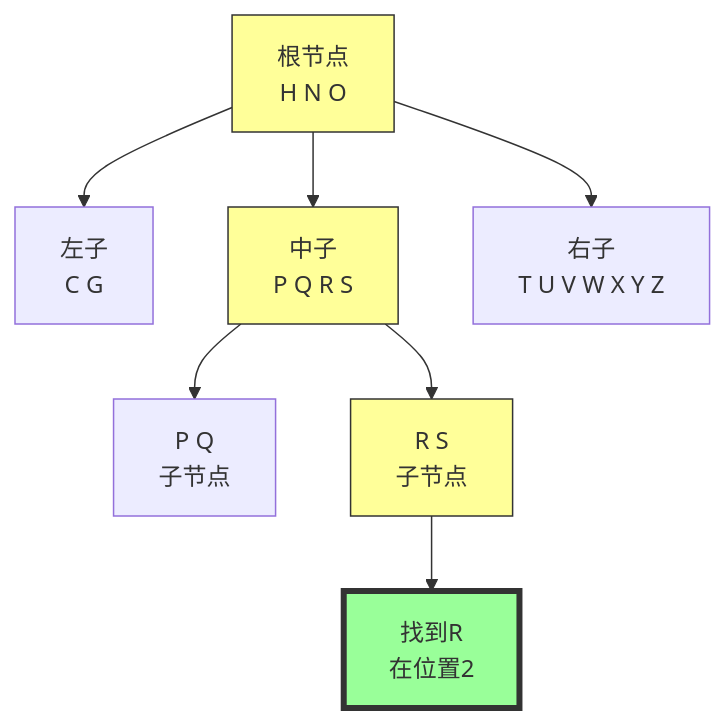
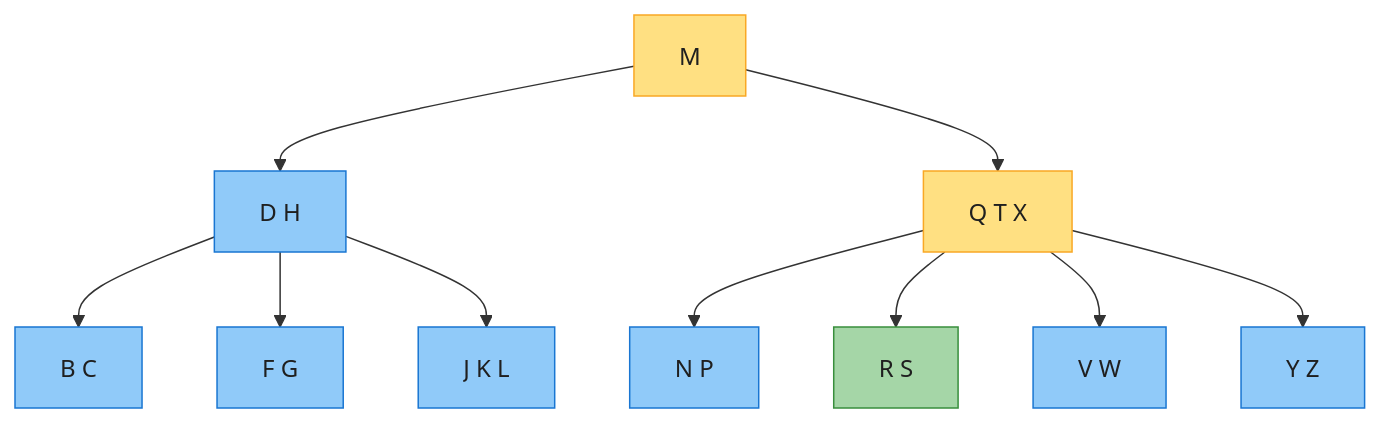
The first of 12 diagrams in IntroductionToAlgorithms/Chapter18_B树_深度版.md (socoo123/book_reading), drawn with Mermaid before and after one commit. The commit also changed other lines of this file and 30 other files, not shown here.

````diff
--- a/IntroductionToAlgorithms/Chapter18_B树_深度版.md
+++ b/IntroductionToAlgorithms/Chapter18_B树_深度版.md
@@ -223,16 +54,19 @@
 ```mermaid
 graph TD
-    Root["根节点<br/>H N O"] --> L["左子<br/>C G"]
-    Root --> M["中子<br/>P Q R S"]
-    Root --> R["右子<br/>T U V W X Y Z"]
+    M["M"] --> DH["D H"]
+    M --> QTX["Q T X"]
+    DH --> BC["B C"]
+    DH --> FG["F G"]
+    DH --> JKL["J K L"]
+    QTX --> NP["N P"]
+    QTX --> RS["R S"]
+    QTX --> VW["V W"]
+    QTX --> YZ["Y Z"]
 
-    M --> M1["P Q<br/>子节点"]
-    M --> M2["R S<br/>子节点"]
-
-    M2 --> Found["找到R<br/>在位置2"]
-
-    style Found fill:#9f9,stroke:#333,stroke-width:4px
-    style Root fill:#ff9,stroke:#333
-    style M fill:#ff9,stroke:#333
-    style M2 fill:#ff9,stroke:#333
+    classDef hot fill:#FFE082,stroke:#F9A825,color:#1f1f1f;
+    classDef found fill:#A5D6A7,stroke:#388E3C,color:#1f1f1f;
+    classDef plain fill:#90CAF9,stroke:#1976D2,color:#1f1f1f;
+    class M,QTX hot;
+    class RS found;
+    class DH,BC,FG,JKL,NP,VW,YZ plain;
 ```
````
